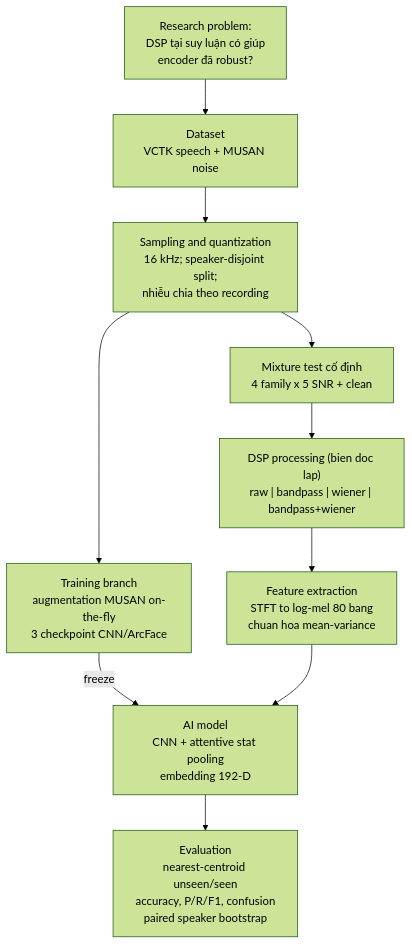
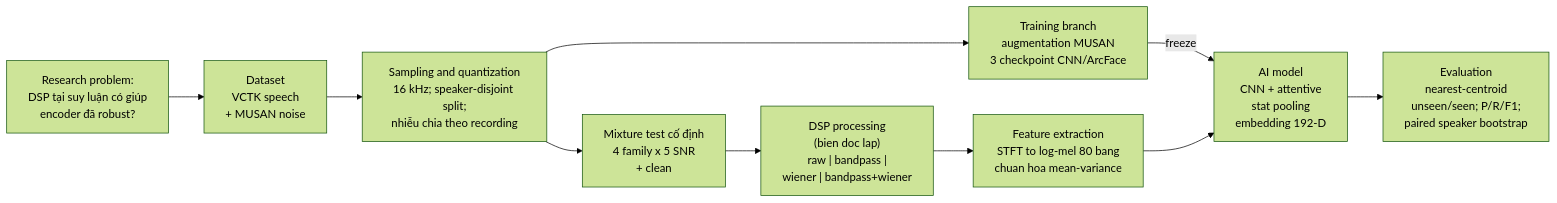
Before and after one commit to ec2003/DSP: the diagram in report.qmd, drawn with Mermaid (forest theme). The commit also changed other lines of this file, not shown here.

````diff
--- a/report.qmd
+++ b/report.qmd
@@ -167,14 +184,15 @@
 ```{mermaid}
 %%| label: fig-framework
 %%| fig-cap: "Khung nghiên cứu: từ vấn đề tới đánh giá. Chỉ khối DSP processing thay đổi giữa các điều kiện so sánh."
-flowchart TD
-  P["Research problem:<br/>DSP tại suy luận có giúp<br/>encoder đã robust?"] --> D["Dataset<br/>VCTK speech + MUSAN noise"]
+%%| out-width: "100%"
+flowchart LR
+  P["Research problem:<br/>DSP tại suy luận có giúp<br/>encoder đã robust?"] --> D["Dataset<br/>VCTK speech<br/>+ MUSAN noise"]
   D --> S["Sampling and quantization<br/>16 kHz; speaker-disjoint split;<br/>nhiễu chia theo recording"]
-  S --> T["Training branch<br/>augmentation MUSAN on-the-fly<br/>3 checkpoint CNN/ArcFace"]
-  S --> M["Mixture test cố định<br/>4 family x 5 SNR + clean"]
-  M --> F["DSP processing (bien doc lap)<br/>raw | bandpass | wiener | bandpass+wiener"]
+  S --> T["Training branch<br/>augmentation MUSAN<br/>3 checkpoint CNN/ArcFace"]
+  S --> M["Mixture test cố định<br/>4 family x 5 SNR<br/>+ clean"]
+  M --> F["DSP processing<br/>(bien doc lap)<br/>raw | bandpass |<br/>wiener | bandpass+wiener"]
   F --> X["Feature extraction<br/>STFT to log-mel 80 bang<br/>chuan hoa mean-variance"]
-  T -->|freeze| E["AI model<br/>CNN + attentive stat pooling<br/>embedding 192-D"]
+  T -->|freeze| E["AI model<br/>CNN + attentive<br/>stat pooling<br/>embedding 192-D"]
   X --> E
-  E --> V["Evaluation<br/>nearest-centroid unseen/seen<br/>accuracy, P/R/F1, confusion<br/>paired speaker bootstrap"]
+  E --> V["Evaluation<br/>nearest-centroid<br/>unseen/seen; P/R/F1;<br/>paired speaker bootstrap"]
 ```
````
